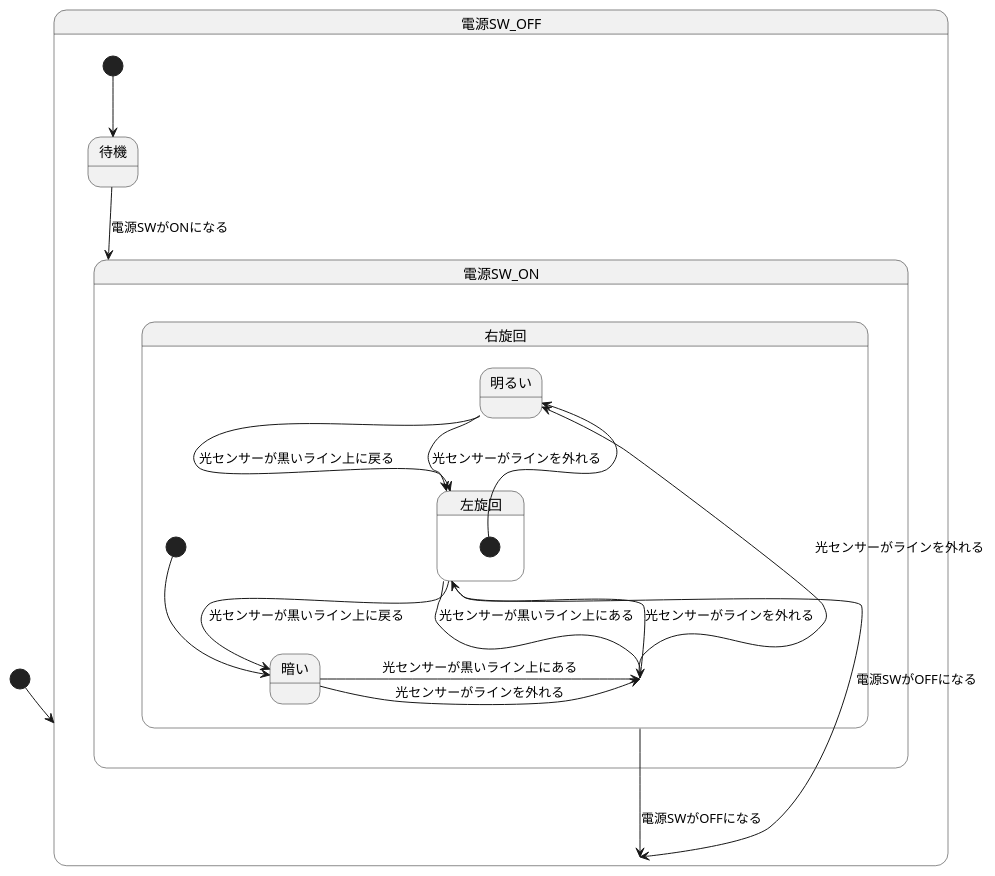
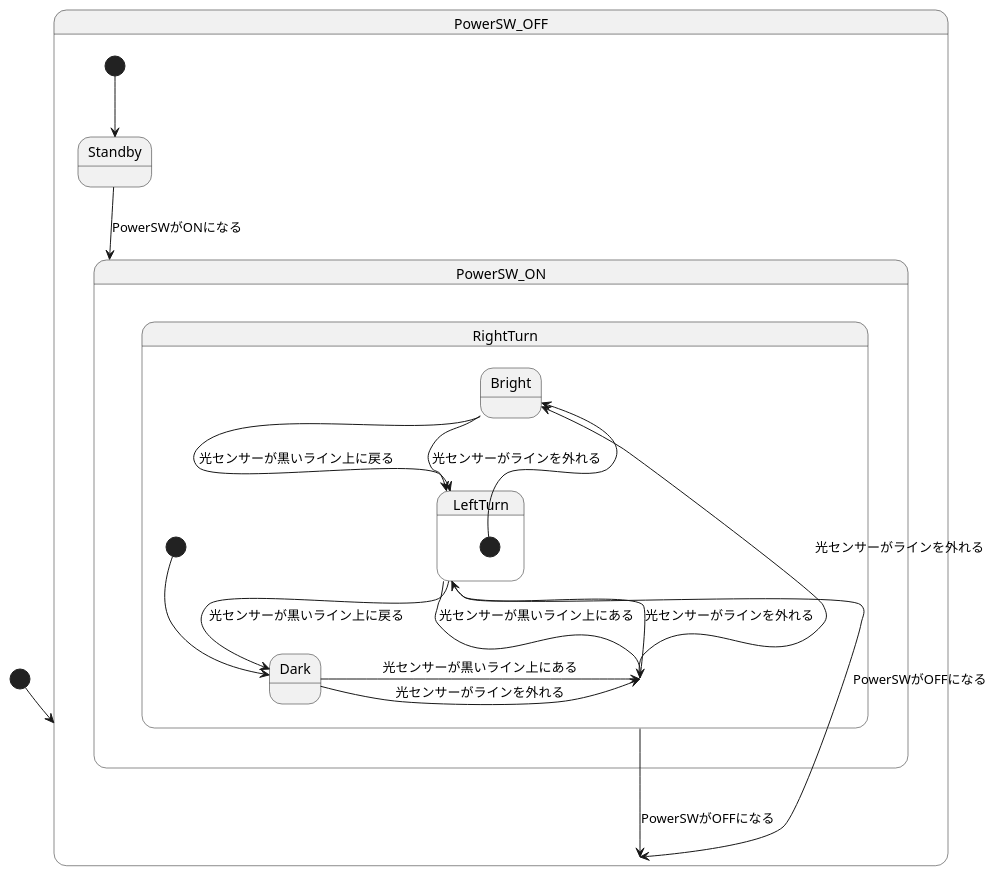
The diagram in 演習6-5-3_ステートマシン図_ライントレーサー.pu (yutta444/uml-introduction), drawn with PlantUML before and after one commit.

Commit message:
さらに追記

```diff
--- a/演習6-5-3_ステートマシン図_ライントレーサー.pu
+++ b/演習6-5-3_ステートマシン図_ライントレーサー.pu
@@ -1,31 +1,27 @@
-@startuml
+[*] --> PowerSW_OFF
 
-[*] --> 電源SW_OFF
-
-state 電源SW_OFF {
-  [*] --> 待機
-  待機 --> 電源SW_ON : 電源SWがONになる
+state PowerSW_OFF {
+  [*] --> Standby
+  Standby --> PowerSW_ON : PowerSWがONになる
 }
 
-state 電源SW_ON {
-  state 右旋回 {
-    [*] --> 暗い
-    暗い --> 右旋回 : 光センサーが黒いライン上にある
-    右旋回 --> 明るい : 光センサーがラインを外れる
-    明るい --> 左旋回 : 光センサーが黒いライン上に戻る
+state PowerSW_ON {
+  state RightTurn {
+    [*] --> Dark
+    Dark --> RightTurn : 光センサーが黒いライン上にある
+    RightTurn --> Bright : 光センサーがラインを外れる
+    Bright --> LeftTurn : 光センサーが黒いライン上に戻る
   }
 
-  state 左旋回 {
-    [*] --> 明るい
-    明るい --> 左旋回 : 光センサーがラインを外れる
-    左旋回 --> 暗い : 光センサーが黒いライン上に戻る
-    暗い --> 右旋回 : 光センサーがラインを外れる
+  state LeftTurn {
+    [*] --> Bright
+    Bright --> LeftTurn : 光センサーがラインを外れる
+    LeftTurn --> Dark : 光センサーが黒いライン上に戻る
+    Dark --> RightTurn : 光センサーがラインを外れる
   }
 
-  右旋回 --> 左旋回 : 光センサーがラインを外れる
-  左旋回 --> 右旋回 : 光センサーが黒いライン上にある
-  右旋回 --> 電源SW_OFF : 電源SWがOFFになる
-  左旋回 --> 電源SW_OFF : 電源SWがOFFになる
+  RightTurn --> LeftTurn : 光センサーがラインを外れる
+  LeftTurn --> RightTurn : 光センサーが黒いライン上にある
+  RightTurn --> PowerSW_OFF : PowerSWがOFFになる
+  LeftTurn --> PowerSW_OFF : PowerSWがOFFになる
 }
-
-@enduml
```
